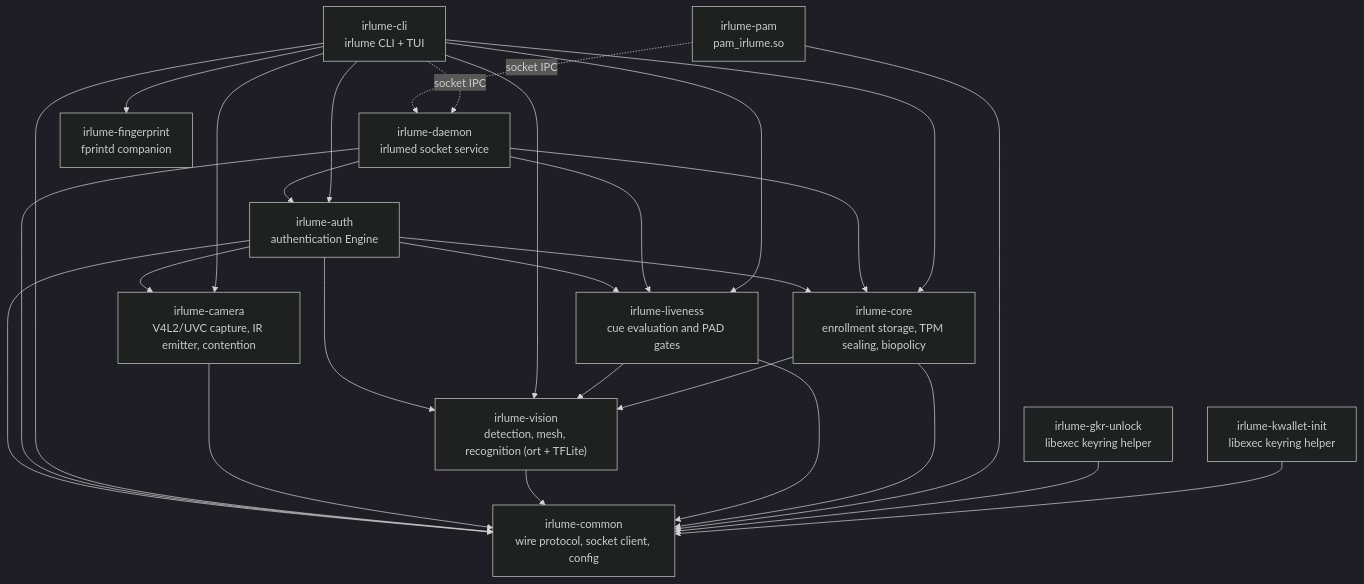
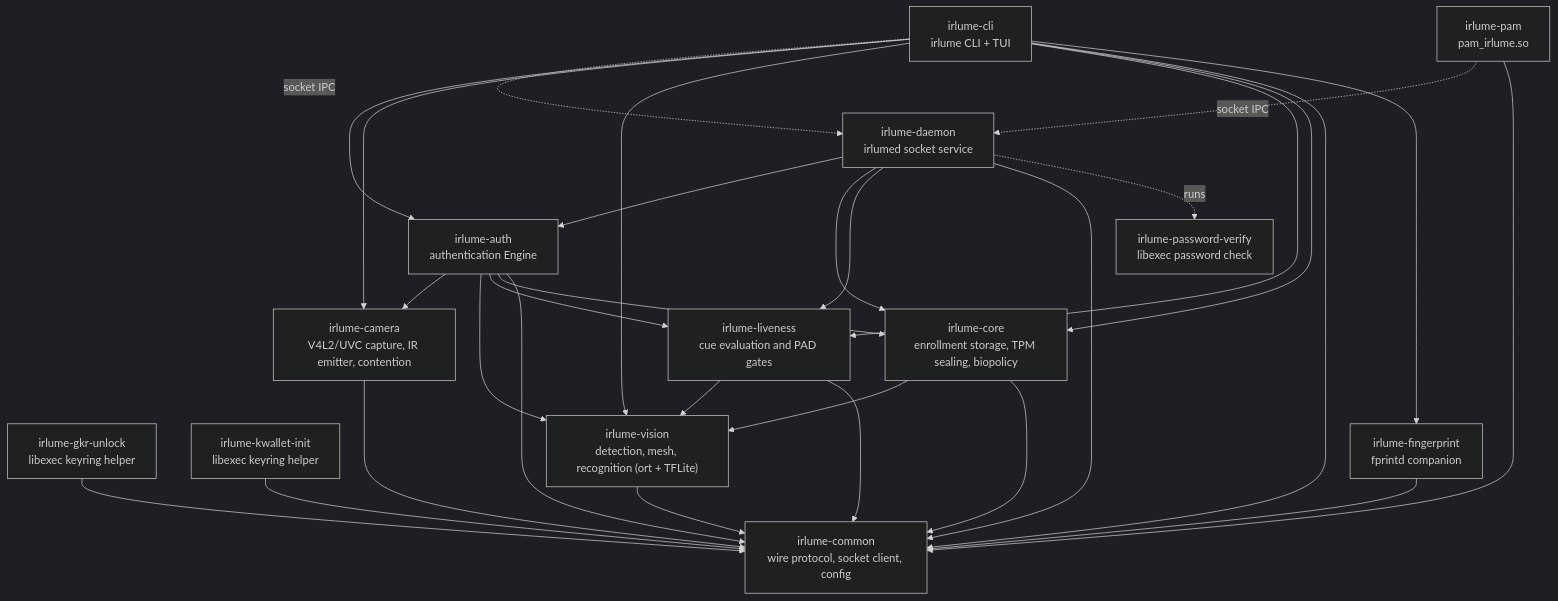
The diagram in crates/README.md (archledger/irlume), drawn with Mermaid (dark theme) before and after one commit. The commit also changed other lines of this file and 8 other files, not shown here.

````diff
--- a/crates/README.md
+++ b/crates/README.md
@@ -9,43 +11,46 @@
 ```mermaid
 flowchart TD
     pam["irlume-pam<br/>pam_irlume.so"]
     cli["irlume-cli<br/>irlume CLI + TUI"]
     gkr["irlume-gkr-unlock<br/>libexec keyring helper"]
     kwi["irlume-kwallet-init<br/>libexec keyring helper"]
     daemon["irlume-daemon<br/>irlumed socket service"]
     auth["irlume-auth<br/>authentication Engine"]
     camera["irlume-camera<br/>V4L2/UVC capture, IR emitter, contention"]
     vision["irlume-vision<br/>detection, mesh, recognition (ort + TFLite)"]
     liveness["irlume-liveness<br/>cue evaluation and PAD gates"]
     core["irlume-core<br/>enrollment storage, TPM sealing, biopolicy"]
     common["irlume-common<br/>wire protocol, socket client, config"]
     fp["irlume-fingerprint<br/>fprintd companion"]
+    pwv["irlume-password-verify<br/>libexec password check"]
 
     pam -. "socket IPC" .-> daemon
     cli -. "socket IPC" .-> daemon
     auth --> camera
     auth --> vision
     auth --> liveness
     auth --> core
     auth --> common
     daemon --> auth
     daemon --> core
     daemon --> liveness
     daemon --> common
     cli --> auth
     cli --> camera
     cli --> vision
     cli --> liveness
     cli --> core
     cli --> common
     cli --> fp
     camera --> common
     vision --> common
     liveness --> vision
     liveness --> common
     core --> vision
     core --> common
     pam --> common
     gkr --> common
     kwi --> common
+    fp --> common
+    daemon -. "runs" .-> pwv
 ```
````
